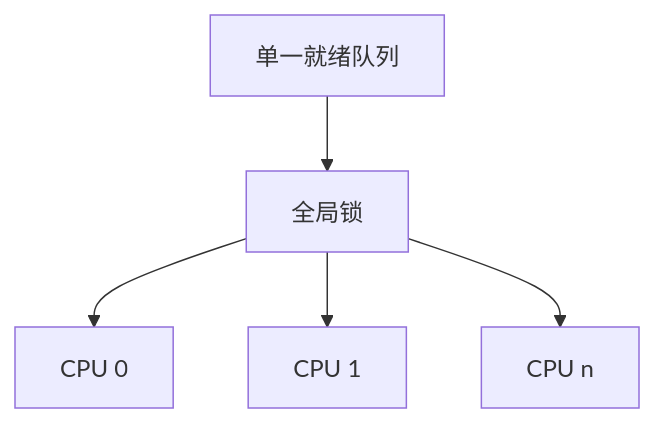
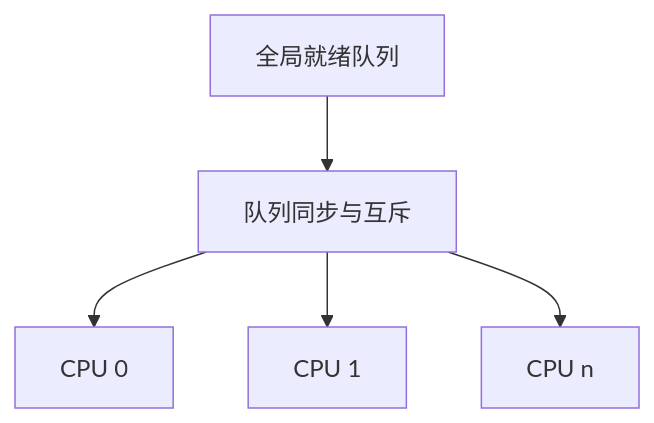
One commit to Meer-Matze/Meer-Matze.github.io changed the tenth of 12 diagrams in src/content/posts/CPU虚拟化.md. Above: the diagram before and after it, drawn with Mermaid. The commit also changed other lines of this file, not shown here.

````diff
--- a/src/content/posts/CPU虚拟化.md
+++ b/src/content/posts/CPU虚拟化.md
@@ -756,7 +708,7 @@
 ```mermaid
 flowchart TD
-    RQ[单一就绪队列] --> Lock[全局锁]
+    RQ[全局就绪队列] --> Lock[队列同步与互斥]
     Lock --> CPU0[CPU 0]
     Lock --> CPU1[CPU 1]
     Lock --> CPUn[CPU n]
 ```
````
